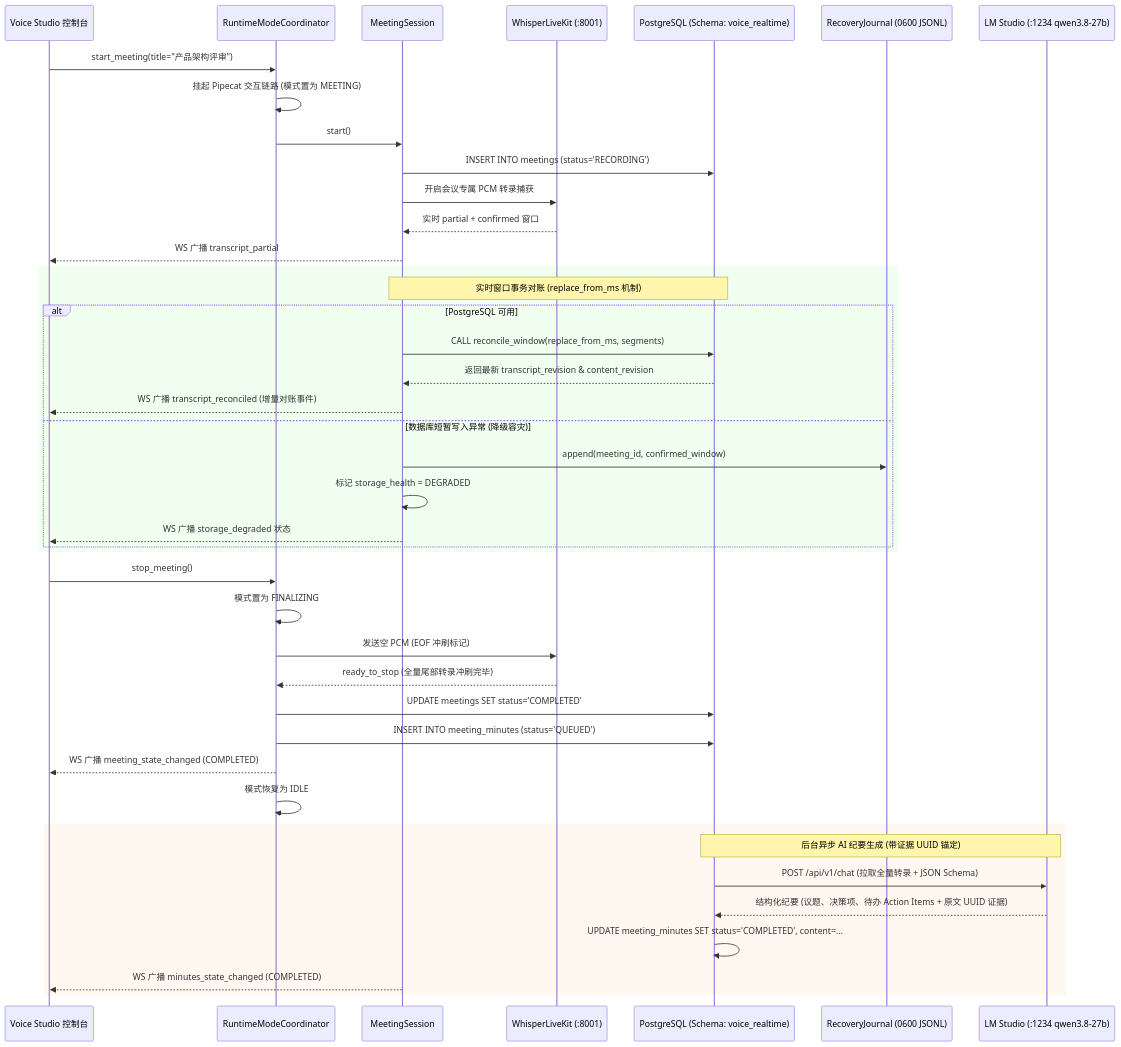
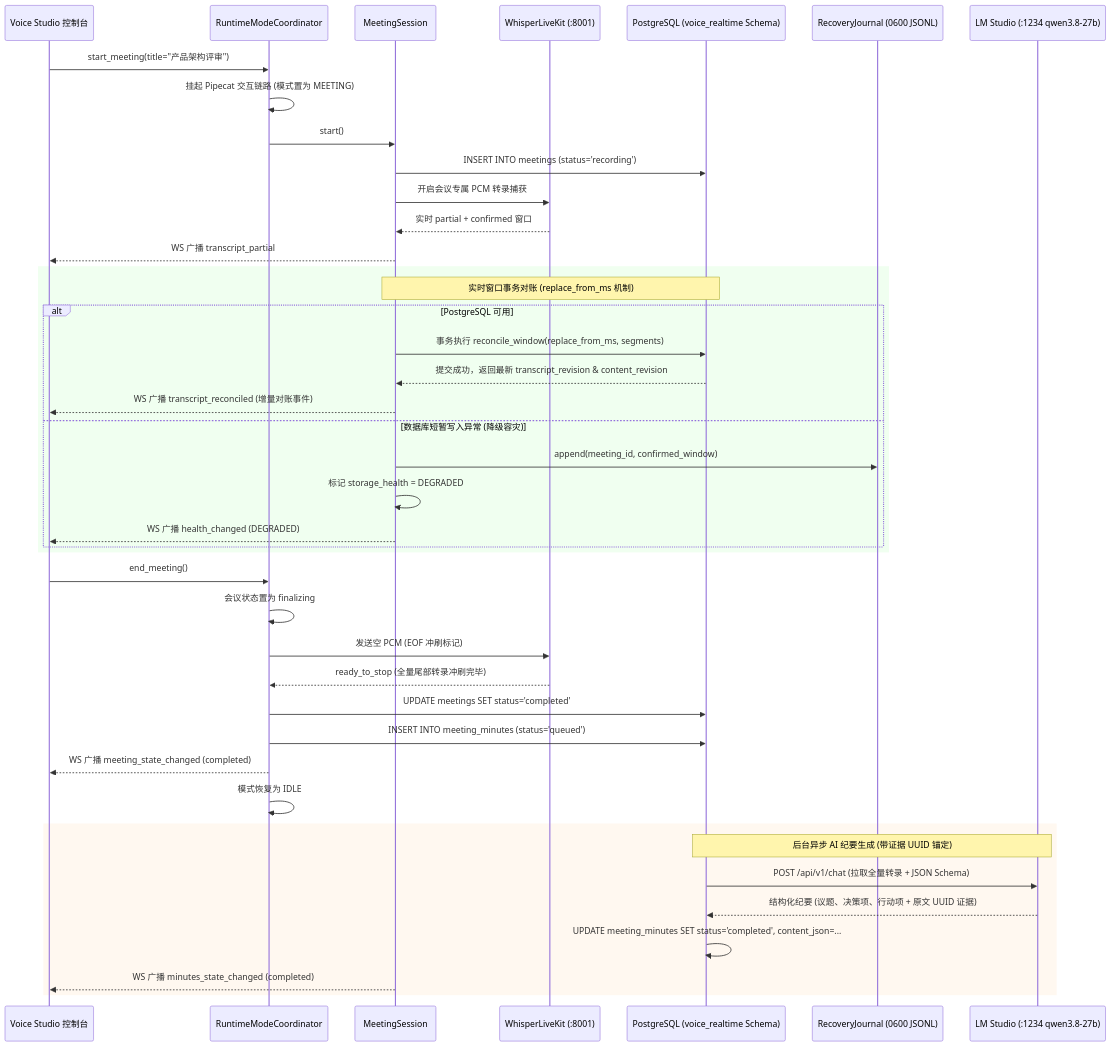
One commit to hrygo/voice-realtime changed the tenth of 13 diagrams in docs/系统总体架构与详细设计方案.md. Above: the diagram before and after it, drawn with Mermaid. The commit also changed other lines of this file and 8 other files, not shown here.

Commit message:
docs(architecture): 审查校对系统总体架构方案并完善会议面板交互体验

````diff
--- a/docs/系统总体架构与详细设计方案.md
+++ b/docs/系统总体架构与详细设计方案.md
@@ -477,48 +480,48 @@
 ```mermaid
 sequenceDiagram
     participant UI as Voice Studio 控制台
     participant RT as RuntimeModeCoordinator
     participant MS as MeetingSession
     participant WLK as WhisperLiveKit (:8001)
-    participant PG as PostgreSQL (Schema: voice_realtime)
+    participant PG as PostgreSQL (voice_realtime Schema)
     participant RJ as RecoveryJournal (0600 JSONL)
     participant LM as LM Studio (:1234 qwen3.8-27b)
 
     UI->>RT: start_meeting(title="产品架构评审")
     RT->>RT: 挂起 Pipecat 交互链路 (模式置为 MEETING)
     RT->>MS: start()
-    MS->>PG: INSERT INTO meetings (status='RECORDING')
+    MS->>PG: INSERT INTO meetings (status='recording')
     MS->>WLK: 开启会议专属 PCM 转录捕获
     WLK-->>MS: 实时 partial + confirmed 窗口
     MS-->>UI: WS 广播 transcript_partial
 
     rect rgb(240, 255, 240)
     Note over MS,PG: 实时窗口事务对账 (replace_from_ms 机制)
     alt PostgreSQL 可用
-        MS->>PG: CALL reconcile_window(replace_from_ms, segments)
-        PG-->>MS: 返回最新 transcript_revision & content_revision
+        MS->>PG: 事务执行 reconcile_window(replace_from_ms, segments)
+        PG-->>MS: 提交成功，返回最新 transcript_revision & content_revision
         MS-->>UI: WS 广播 transcript_reconciled (增量对账事件)
     else 数据库短暂写入异常 (降级容灾)
         MS->>RJ: append(meeting_id, confirmed_window)
         MS->>MS: 标记 storage_health = DEGRADED
-        MS-->>UI: WS 广播 storage_degraded 状态
+        MS-->>UI: WS 广播 health_changed (DEGRADED)
     end
     end
 
-    UI->>RT: stop_meeting()
-    RT->>RT: 模式置为 FINALIZING
+    UI->>RT: end_meeting()
+    RT->>RT: 会议状态置为 finalizing
     RT->>WLK: 发送空 PCM (EOF 冲刷标记)
     WLK-->>RT: ready_to_stop (全量尾部转录冲刷完毕)
-    RT->>PG: UPDATE meetings SET status='COMPLETED'
-    RT->>PG: INSERT INTO meeting_minutes (status='QUEUED')
-    RT-->>UI: WS 广播 meeting_state_changed (COMPLETED)
+    RT->>PG: UPDATE meetings SET status='completed'
+    RT->>PG: INSERT INTO meeting_minutes (status='queued')
+    RT-->>UI: WS 广播 meeting_state_changed (completed)
     RT->>RT: 模式恢复为 IDLE
 
     rect rgb(255, 248, 240)
     Note over PG,LM: 后台异步 AI 纪要生成 (带证据 UUID 锚定)
     PG->>LM: POST /api/v1/chat (拉取全量转录 + JSON Schema)
-    LM-->>PG: 结构化纪要 (议题、决策项、待办 Action Items + 原文 UUID 证据)
-    PG->>PG: UPDATE meeting_minutes SET status='COMPLETED', content=...
-    MS-->>UI: WS 广播 minutes_state_changed (COMPLETED)
+    LM-->>PG: 结构化纪要 (议题、决策项、行动项 + 原文 UUID 证据)
+    PG->>PG: UPDATE meeting_minutes SET status='completed', content_json=...
+    MS-->>UI: WS 广播 minutes_state_changed (completed)
     end
 ```
````
